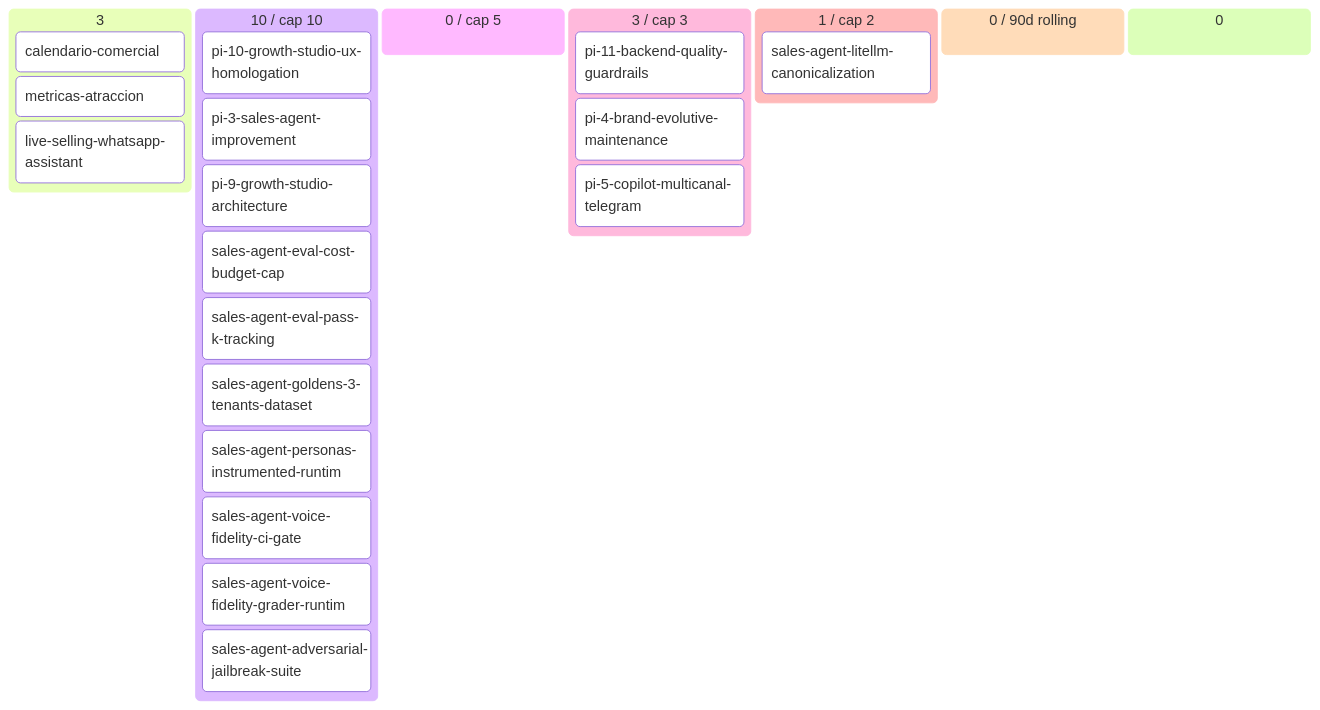
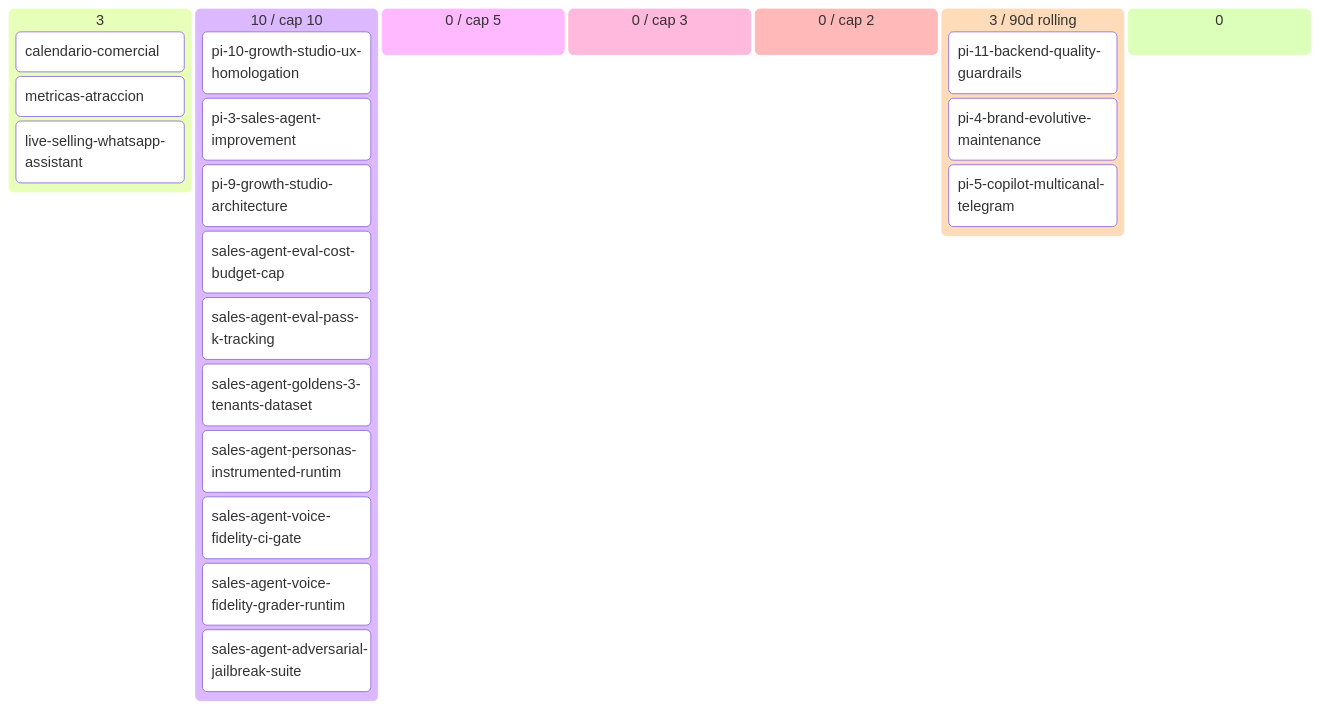
Before and after one commit to alpacapurpura/ap_sales_agent: the diagram in docs/product/BACKLOG.md, drawn with Mermaid. The commit also changed other lines of this file and 13 other files, not shown here.

````diff
--- a/docs/product/BACKLOG.md
+++ b/docs/product/BACKLOG.md
@@ -41,27 +41,26 @@
 ```mermaid
 kanban
   💡 Ideas (3)
     calendario-comercial[calendario-comercial]
     metricas-atraccion[metricas-atraccion]
     live-selling-whatsapp-assistan[live-selling-whatsapp-assistant]
   🔍 Validated (10 / cap 10)
     pi-10-growth-studio-ux-homolog[pi-10-growth-studio-ux-homologation]
     pi-3-sales-agent-improvement[pi-3-sales-agent-improvement]
     pi-9-growth-studio-architectur[pi-9-growth-studio-architecture]
     sales-agent-eval-cost-budget-c[sales-agent-eval-cost-budget-cap]
     sales-agent-eval-pass-k-tracki[sales-agent-eval-pass-k-tracking]
     sales-agent-goldens-3-tenants-[sales-agent-goldens-3-tenants-dataset]
     sales-agent-personas-instrumen[sales-agent-personas-instrumented-runtim]
     sales-agent-voice-fidelity-ci-[sales-agent-voice-fidelity-ci-gate]
     sales-agent-voice-fidelity-gra[sales-agent-voice-fidelity-grader-runtim]
     sales-agent-adversarial-jailbr[sales-agent-adversarial-jailbreak-suite]
   📦 Ready (0 / cap 5)
-  🔨 Building (3 / cap 3)
+  🔨 Building (0 / cap 3)
+  🔍 Review (0 / cap 2)
+  ✅ Done (3 / 90d rolling)
     pi-11-backend-quality-guardrai[pi-11-backend-quality-guardrails]
     pi-4-brand-evolutive-maintenan[pi-4-brand-evolutive-maintenance]
     pi-5-copilot-multicanal-telegr[pi-5-copilot-multicanal-telegram]
-  🔍 Review (1 / cap 2)
-    sales-agent-litellm-canonicali[sales-agent-litellm-canonicalization]
-  ✅ Done (0 / 90d rolling)
   🅿 Parked (0)
 ```
````
